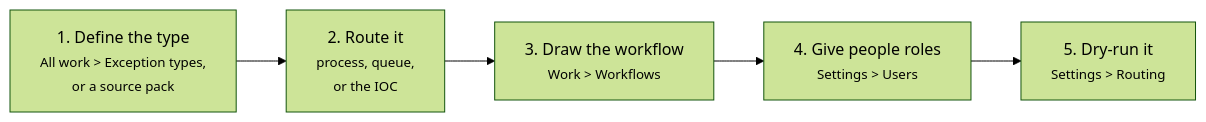
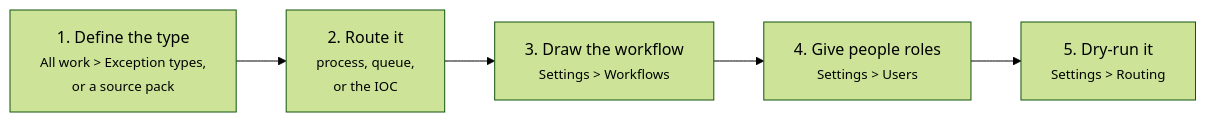
One commit to areed145/fuzer changed the diagram in docs/guides/configurer.md. Above: the diagram before and after it, drawn with Mermaid (forest theme). The commit also changed other lines of this file and 12 other files, not shown here.

````diff
--- a/docs/guides/configurer.md
+++ b/docs/guides/configurer.md
@@ -7,7 +7,7 @@
 ```mermaid
 flowchart LR
   t["1. Define the type<br><small>All work > Exception types,<br>or a source pack</small>"] --> r["2. Route it<br><small>process, queue,<br>or the IOC</small>"]
-  r --> w["3. Draw the workflow<br><small>Work > Workflows</small>"]
+  r --> w["3. Draw the workflow<br><small>Settings > Workflows</small>"]
   w --> u["4. Give people roles<br><small>Settings > Users</small>"]
   u --> d["5. Dry-run it<br><small>Settings > Routing</small>"]
 ```
````
